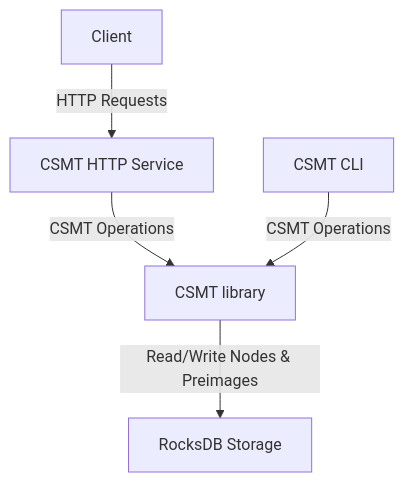
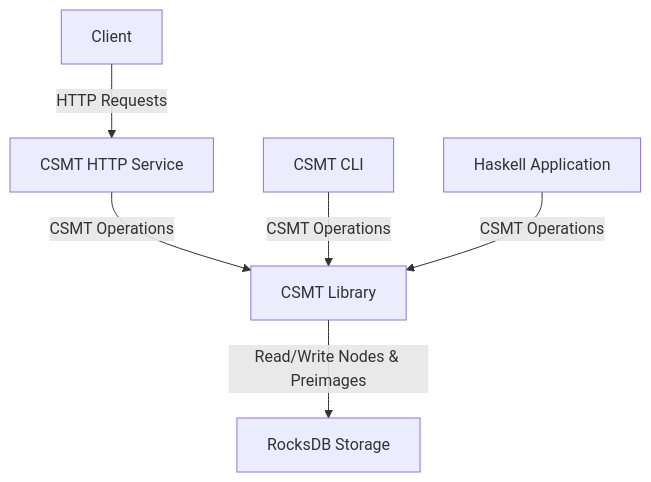
Before and after one commit to paolino/haskell-csmt: the second of 2 diagrams in docs/architecture/system.md, drawn with Mermaid. The commit also changed other lines of this file and 5 other files, not shown here.

````diff
--- a/docs/architecture/system.md
+++ b/docs/architecture/system.md
@@ -3,7 +22,8 @@
 ```mermaid
 graph TD
     A[Client] -->|HTTP Requests| B[CSMT HTTP Service]
     B -->|CSMT Operations| C[CSMT Library]
-    L[CSMT CLI] -->|CSMT Operations| C[CSMT library]
+    L[CSMT CLI] -->|CSMT Operations| C
+    H[Haskell Application] -->|CSMT Operations| C
     C -->|Read/Write Nodes & Preimages| D[RocksDB Storage]
 ```
````
